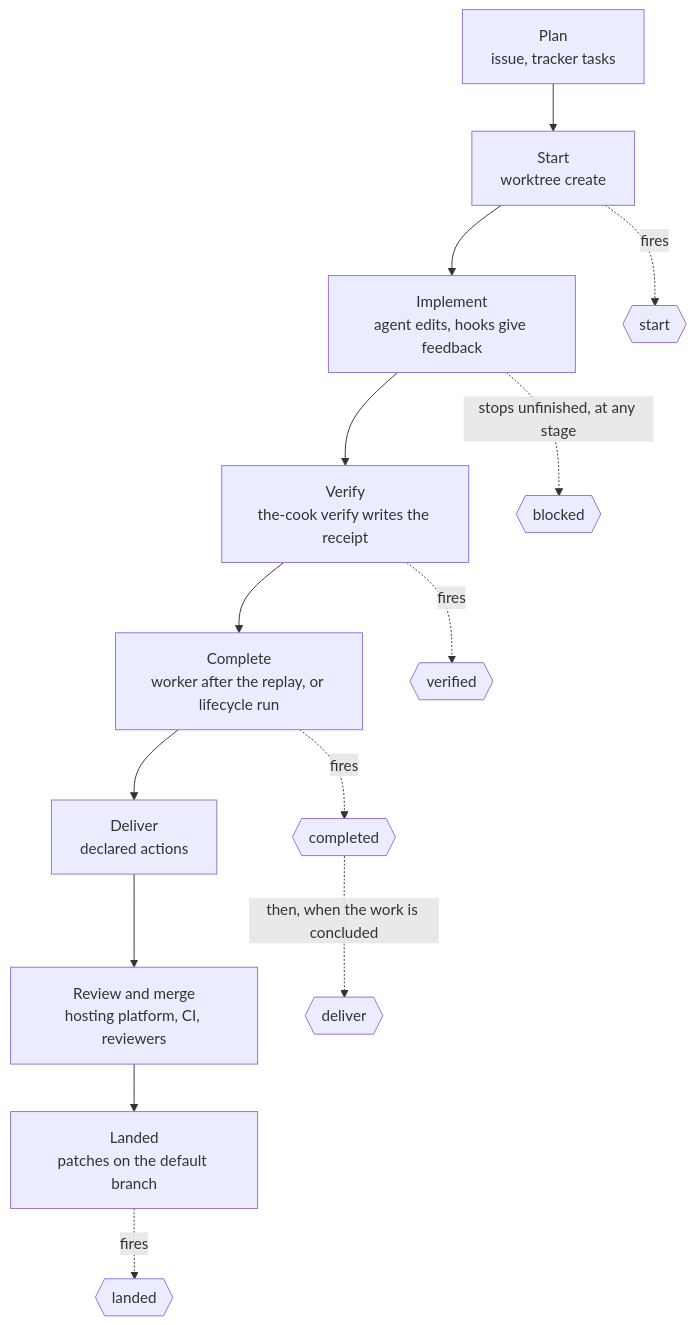
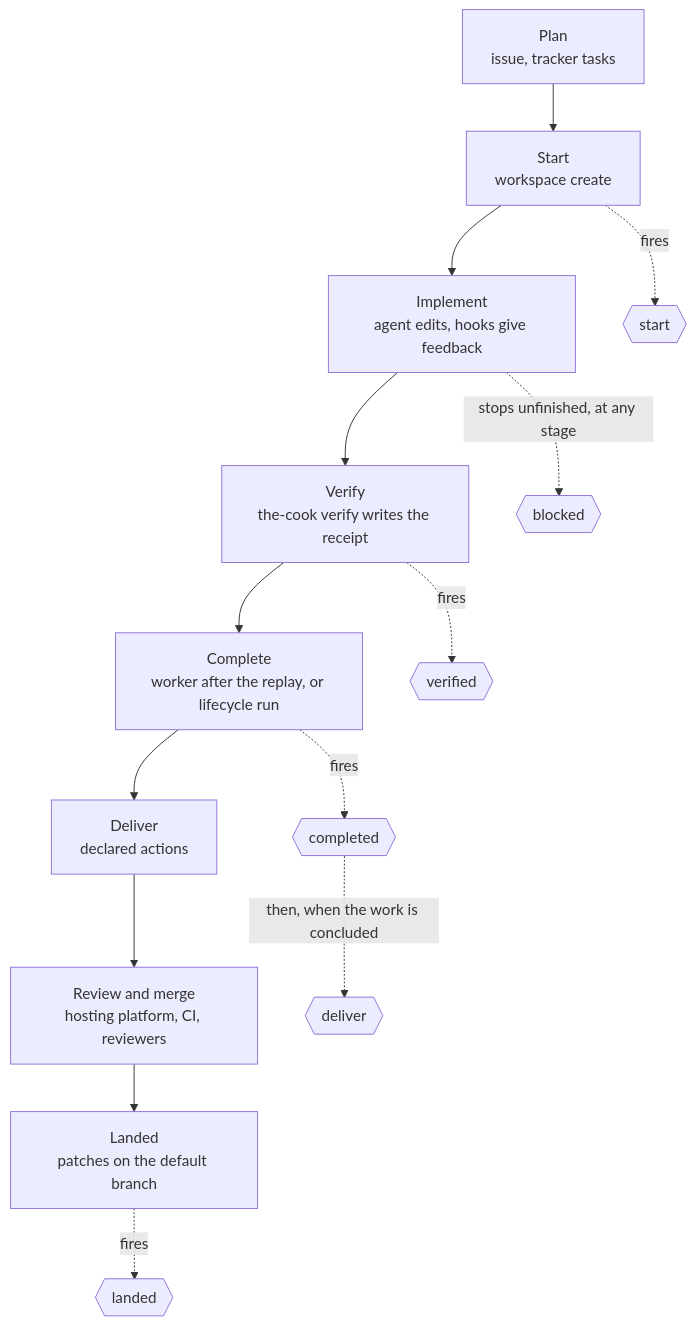
Before and after one commit to lmarqs/harness: the first of 2 diagrams in docs/features/lifecycle.md, drawn with Mermaid. The commit also changed other lines of this file and 31 other files, not shown here.

````diff
--- a/docs/features/lifecycle.md
+++ b/docs/features/lifecycle.md
@@ -72,16 +72,16 @@
 ```mermaid
 flowchart TB
-  s1["Plan<br/>issue, tracker tasks"] --> s2["Start<br/>worktree create"]
+  s1["Plan<br/>issue, tracker tasks"] --> s2["Start<br/>workspace create"]
   s2 --> s3["Implement<br/>agent edits, hooks give feedback"]
   s3 --> s4["Verify<br/>the-cook verify writes the receipt"]
   s4 --> s5["Complete<br/>worker after the replay, or lifecycle run"]
   s5 --> s6["Deliver<br/>declared actions"]
   s6 --> s7["Review and merge<br/>hosting platform, CI, reviewers"]
   s7 --> s8["Landed<br/>patches on the default branch"]
   s2 -.->|fires| e1{{start}}
   s4 -.->|fires| e2{{verified}}
   s5 -.->|fires| e3{{completed}}
   e3 -.->|then, when the work is concluded| e4{{deliver}}
   s8 -.->|fires| e5{{landed}}
   s3 -.->|stops unfinished, at any stage| e6{{blocked}}
 ```
````
